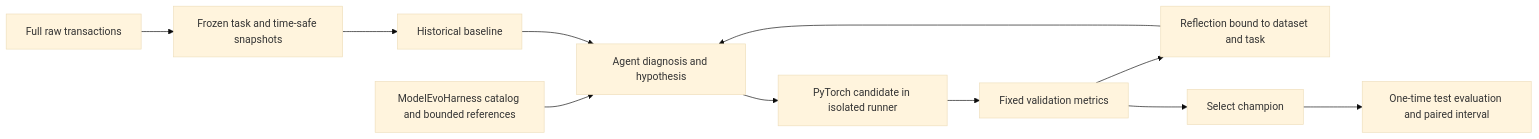
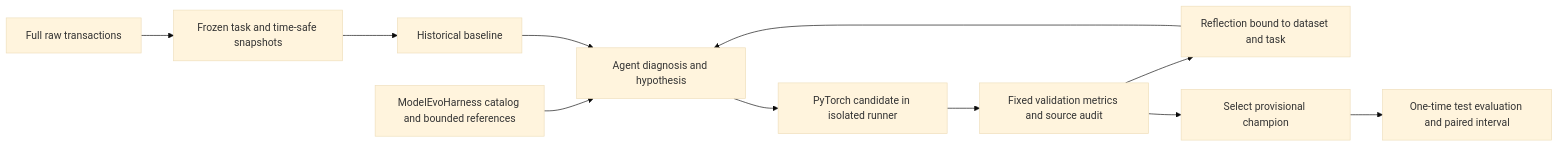
One commit to CharlesXu-HQ/LTVEvo changed the diagram in README.md. Above: the diagram before and after it, drawn with Mermaid (base theme). The commit also changed other lines of this file and 11 other files, not shown here.

````diff
--- a/README.md
+++ b/README.md
@@ -15,13 +15,13 @@
 ```mermaid
 flowchart LR
     A[Full raw transactions] --> B[Frozen task and time-safe snapshots]
     B --> C[Historical baseline]
     M[ModelEvoHarness catalog and bounded references] --> D[Agent diagnosis and hypothesis]
     C --> D
     D --> E[PyTorch candidate in isolated runner]
-    E --> F[Fixed validation metrics]
+    E --> F[Fixed validation metrics and source audit]
     F --> G[Reflection bound to dataset and task]
     G --> D
-    F --> H[Select champion]
+    F --> H[Select provisional champion]
     H --> I[One-time test evaluation and paired interval]
 ```
````
